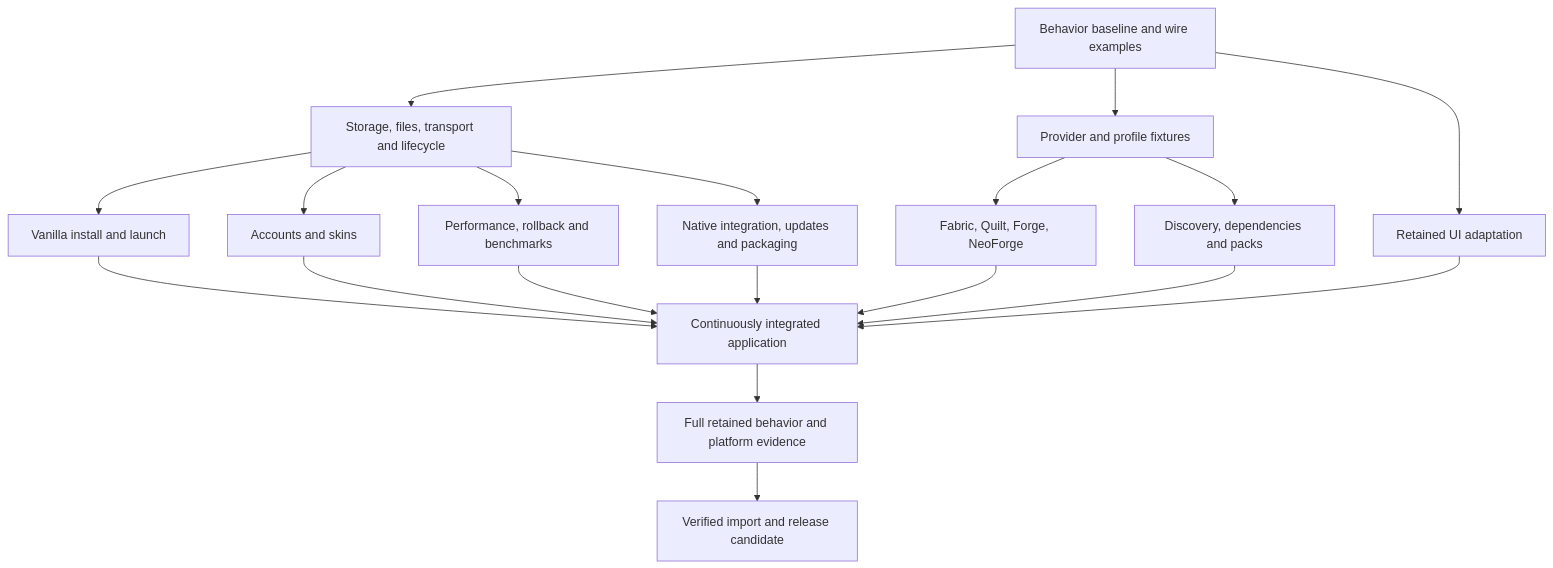
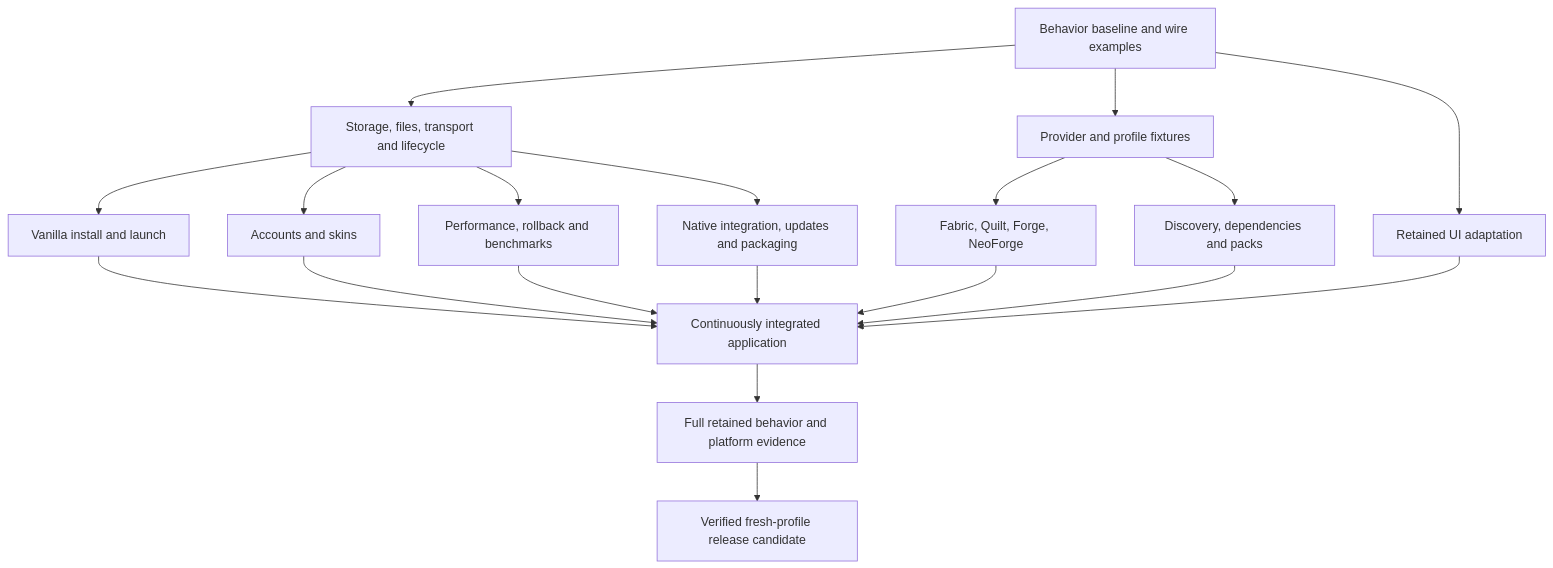
Before and after one commit to mateoltd/axial: the diagram in docs/rewrite/delivery.md, drawn with Mermaid. The commit also changed other lines of this file and 146 other files, not shown here.

````diff
--- a/docs/rewrite/delivery.md
+++ b/docs/rewrite/delivery.md
@@ -30,16 +32,16 @@
 ```mermaid
 flowchart TD
     Baseline[Behavior baseline and wire examples] --> Core[Storage, files, transport and lifecycle]
     Baseline --> Fixtures[Provider and profile fixtures]
     Baseline --> UI[Retained UI adaptation]
     Core --> Vanilla[Vanilla install and launch]
     Core --> Accounts[Accounts and skins]
     Fixtures --> Loaders[Fabric, Quilt, Forge, NeoForge]
     Fixtures --> Content[Discovery, dependencies and packs]
     Core --> Performance[Performance, rollback and benchmarks]
     Core --> Native[Native integration, updates and packaging]
     Vanilla --> Integrated[Continuously integrated application]
     Accounts & Loaders & Content & Performance & Native & UI --> Integrated
     Integrated --> Evidence[Full retained behavior and platform evidence]
-    Evidence --> Cutover[Verified import and release candidate]
+    Evidence --> Candidate[Verified fresh-profile release candidate]
 ```
````
